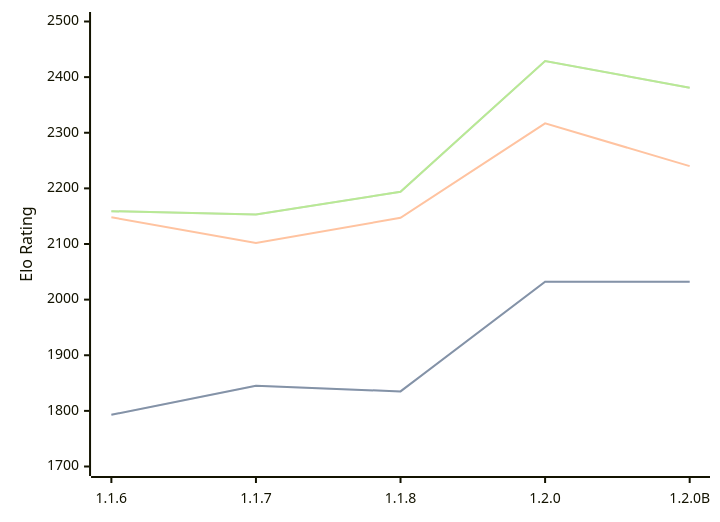
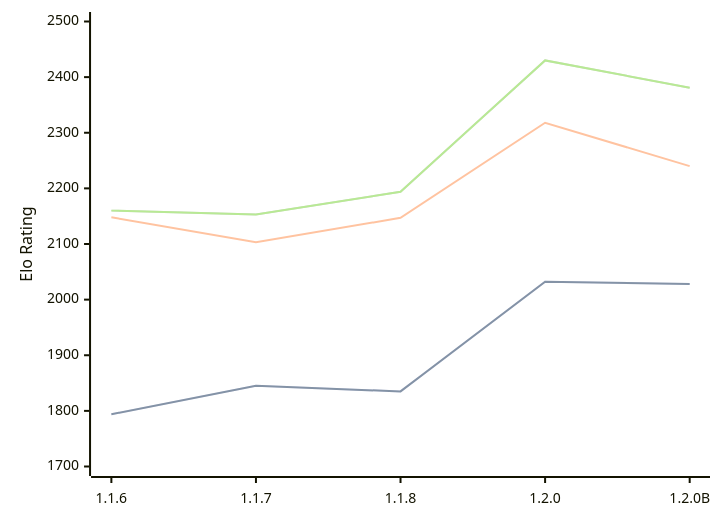
Before and after one commit to computer-chess-index/cci: the diagram in engines/Soomi.md, drawn with Mermaid. The commit also changed other lines of this file, not shown here.

Commit message:
Update CCI Ratings (ELO VLTC) - 2026-09-13

````diff
--- a/engines/Soomi.md
+++ b/engines/Soomi.md
@@ -35,11 +35,11 @@
 ```mermaid
 %%{init: {"theme":"base","themeVariables":{"seriesColors:['#a3a3a3','#222221','#faa371']}}}%%
 xychart-beta
   x-axis ["1.1.6", "1.1.7", "1.1.8", "1.2.0", "1.2.0B"]
   y-axis "Elo Rating" 1700 --> 2500
-  line "" [1793, 1845, 1835, 2032, 2032]
-  line "STC (8.0+0.08s)" [1793, 1845, 1835, 2032, 2032]
-  line "LTC (60.0+0.60s)" [2148, 2102, 2147, 2317, 2240]
-  line "" [2159, 2153, 2194, 2429, 2381]
-  line "VLTC (2m24s+1.12s)" [2159, 2153, 2194, 2429, 2381]
+  line "" [1794, 1845, 1835, 2032, 2028]
+  line "STC (8.0+0.08s)" [1794, 1845, 1835, 2032, 2028]
+  line "LTC (60.0+0.60s)" [2148, 2103, 2147, 2318, 2240]
+  line "" [2160, 2153, 2194, 2430, 2381]
+  line "VLTC (2m24s+1.12s)" [2160, 2153, 2194, 2430, 2381]
 ```
````
